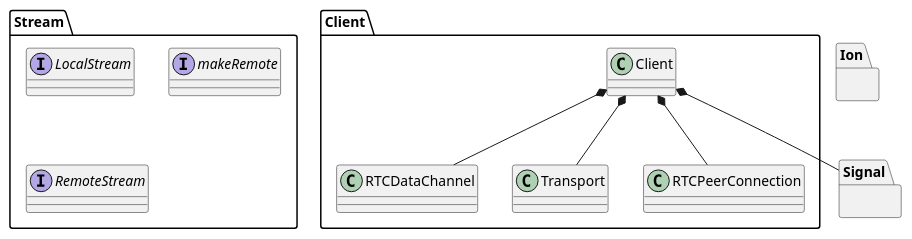
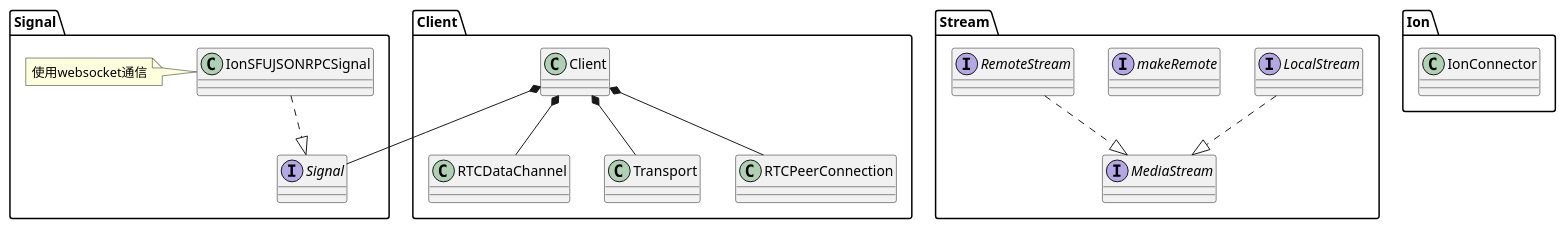
The diagram in pion/clientsdk.md (mingxin505/webrtcNote), drawn with PlantUML before and after one commit. The commit also changed other lines of this file and 4 other files, not shown here.

````diff
--- a/pion/clientsdk.md
+++ b/pion/clientsdk.md
@@ -1,22 +1,27 @@
 ```plantuml
-package Stream {
+namespace Stream {
     interface LocalStream
     interface makeRemote
     interface RemoteStream
+    interface MediaStream
+    LocalStream ..|> MediaStream
+    RemoteStream ..|> MediaStream
 }
-package Signal {
-
+namespace Signal {
+    interface Signal
+    IonSFUJSONRPCSignal ..|> Signal
+    note "使用websocket通信" as N1
+    N1 . IonSFUJSONRPCSignal
 }
-package Ion {
-
+namespace Ion {
+    class IonConnector
 }
-package Client {
-class Client {
-
-}
-Client *-- Signal
-Client *-- RTCDataChannel
-Client *-- Transport
-Client *-- RTCPeerConnection
+namespace Client {
+    class Client {
+    }
+    Client *-- Signal.Signal
+    Client *-- RTCDataChannel
+    Client *-- Transport
+    Client *-- RTCPeerConnection
 }
 ```
````
